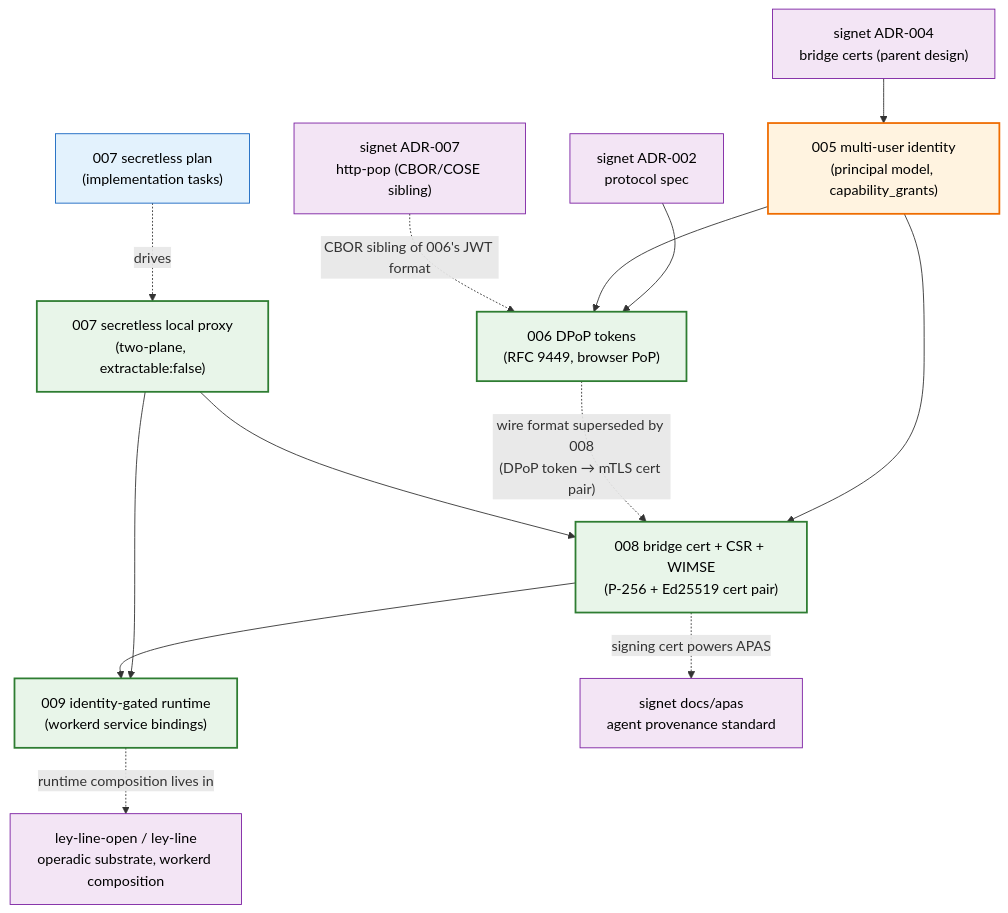
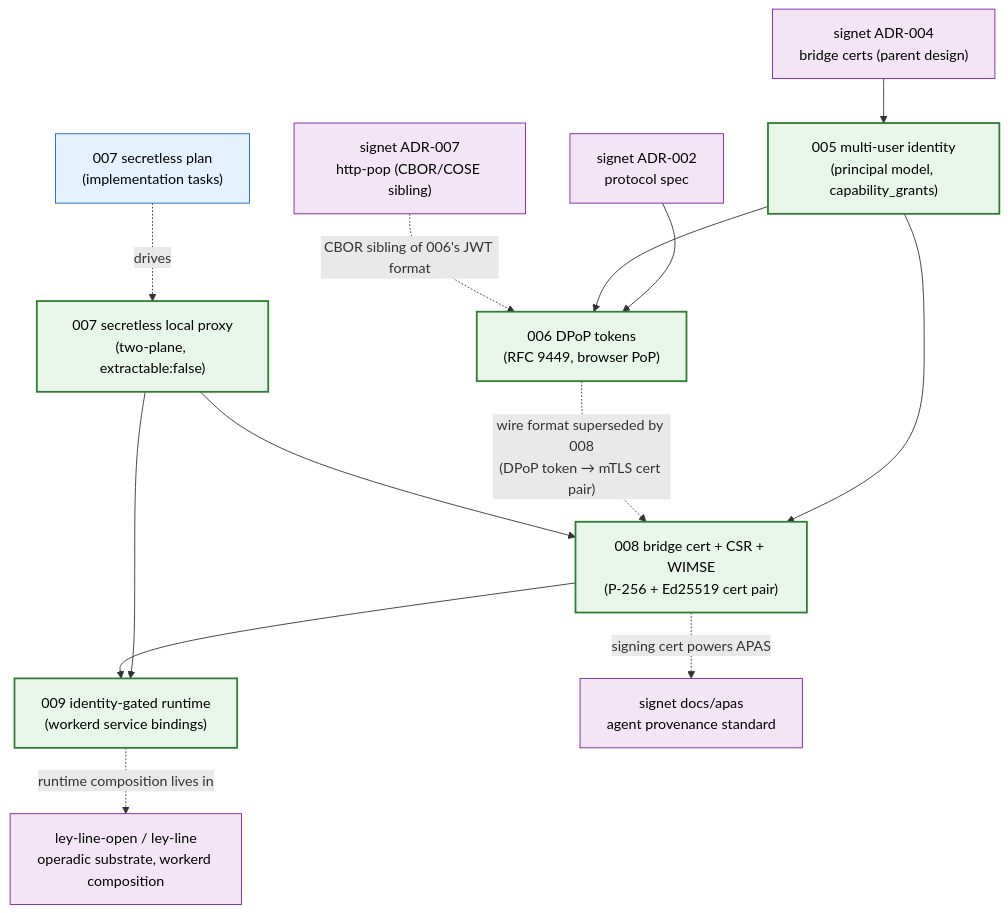
One commit to agentic-research/notme changed the diagram in docs/README.md. Above: the diagram before and after it, drawn with Mermaid. The commit also changed other lines of this file and 1 other file, not shown here.

````diff
--- a/docs/README.md
+++ b/docs/README.md
@@ -20,33 +20,33 @@
 ```mermaid
 graph TD
     classDef accepted fill:#e8f5e9,stroke:#2e7d32,stroke-width:2px,color:#000
     classDef proposed fill:#fff3e0,stroke:#ef6c00,stroke-width:2px,color:#000
     classDef plan fill:#e3f2fd,stroke:#1565c0,stroke-width:1px,color:#000
     classDef external fill:#f3e5f5,stroke:#7b1fa2,stroke-width:1px,color:#000
 
-    A005["005 multi-user identity<br/>(principal model, capability_grants)"]:::proposed
+    A005["005 multi-user identity<br/>(principal model, capability_grants)"]:::accepted
     A006["006 DPoP tokens<br/>(RFC 9449, browser PoP)"]:::accepted
     A007D["007 secretless local proxy<br/>(two-plane, extractable:false)"]:::accepted
     A007P["007 secretless plan<br/>(implementation tasks)"]:::plan
     A008["008 bridge cert + CSR + WIMSE<br/>(P-256 + Ed25519 cert pair)"]:::accepted
     A009["009 identity-gated runtime<br/>(workerd service bindings)"]:::accepted
 
     SIG004["signet ADR-004<br/>bridge certs (parent design)"]:::external
     SIG002["signet ADR-002<br/>protocol spec"]:::external
     SIG007["signet ADR-007<br/>http-pop (CBOR/COSE sibling)"]:::external
     APAS["signet docs/apas<br/>agent provenance standard"]:::external
     LL["ley-line-open / ley-line<br/>operadic substrate, workerd composition"]:::external
 
     SIG004 --> A005
     SIG002 --> A006
     A005 --> A006
     A005 --> A008
     A006 -.->|"wire format superseded by 008<br/>(DPoP token → mTLS cert pair)"| A008
     A007D --> A008
     A007D --> A009
     A008 --> A009
     A007P -. drives .-> A007D
     SIG007 -.->|"CBOR sibling of 006's JWT format"| A006
     A008 -.->|"signing cert powers APAS"| APAS
     A009 -.->|"runtime composition lives in"| LL
 ```
````
